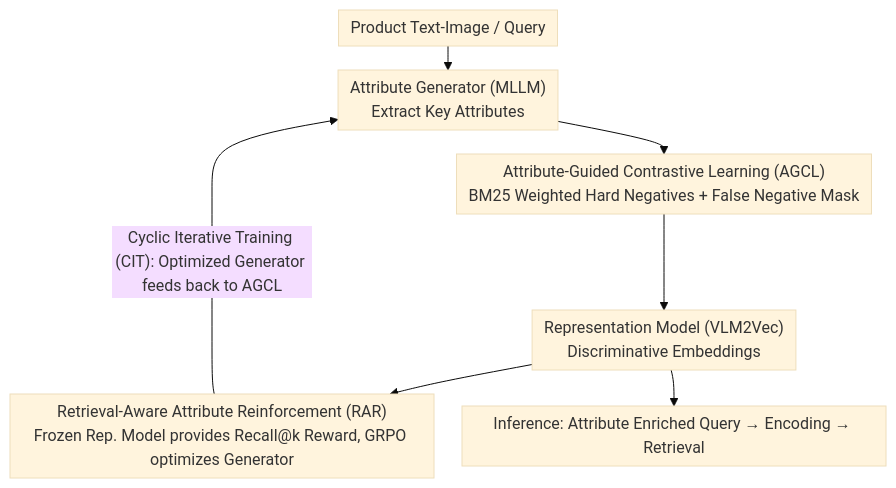
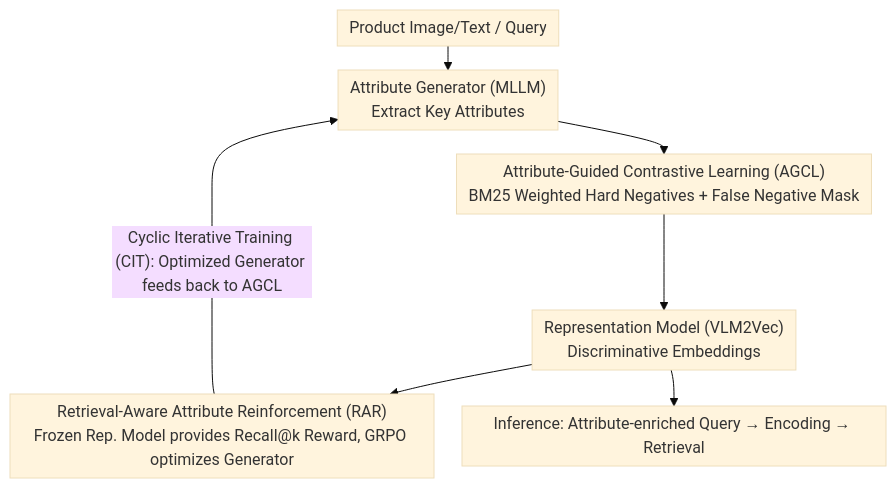
Before and after one commit to zhaoyang97/Paper-Notes-en: the diagram in docs/ACL2026/multimodal_vlm/afmrl_attribute-enhanced_fine-grained_multi-modal_representation_learning_in_e-c.md, drawn with Mermaid (base theme). The commit also changed other lines of this file and 5084 other files, not shown here.

````diff
--- a/docs/ACL2026/multimodal_vlm/afmrl_attribute-enhanced_fine-grained_multi-modal_representation_learning_in_e-c.md
+++ b/docs/ACL2026/multimodal_vlm/afmrl_attribute-enhanced_fine-grained_multi-modal_representation_learning_in_e-c.md
@@ -42,10 +42,10 @@
 ```mermaid
 %%{init: {'flowchart': {'rankSpacing': 24, 'nodeSpacing': 28, 'padding': 6, 'wrappingWidth': 400}}}%%
 flowchart TD
-    A["Product Text-Image / Query"] --> B["Attribute Generator (MLLM)<br/>Extract Key Attributes"]
+    A["Product Image/Text / Query"] --> B["Attribute Generator (MLLM)<br/>Extract Key Attributes"]
     B --> C["Attribute-Guided Contrastive Learning (AGCL)<br/>BM25 Weighted Hard Negatives + False Negative Mask"]
     C --> D["Representation Model (VLM2Vec)<br/>Discriminative Embeddings"]
     D --> E["Retrieval-Aware Attribute Reinforcement (RAR)<br/>Frozen Rep. Model provides Recall@k Reward, GRPO optimizes Generator"]
     E -->|"Cyclic Iterative Training (CIT): Optimized Generator feeds back to AGCL"| B
-    D --> F["Inference: Attribute Enriched Query → Encoding → Retrieval"]
+    D --> F["Inference: Attribute-enriched Query → Encoding → Retrieval"]
 ```
````
